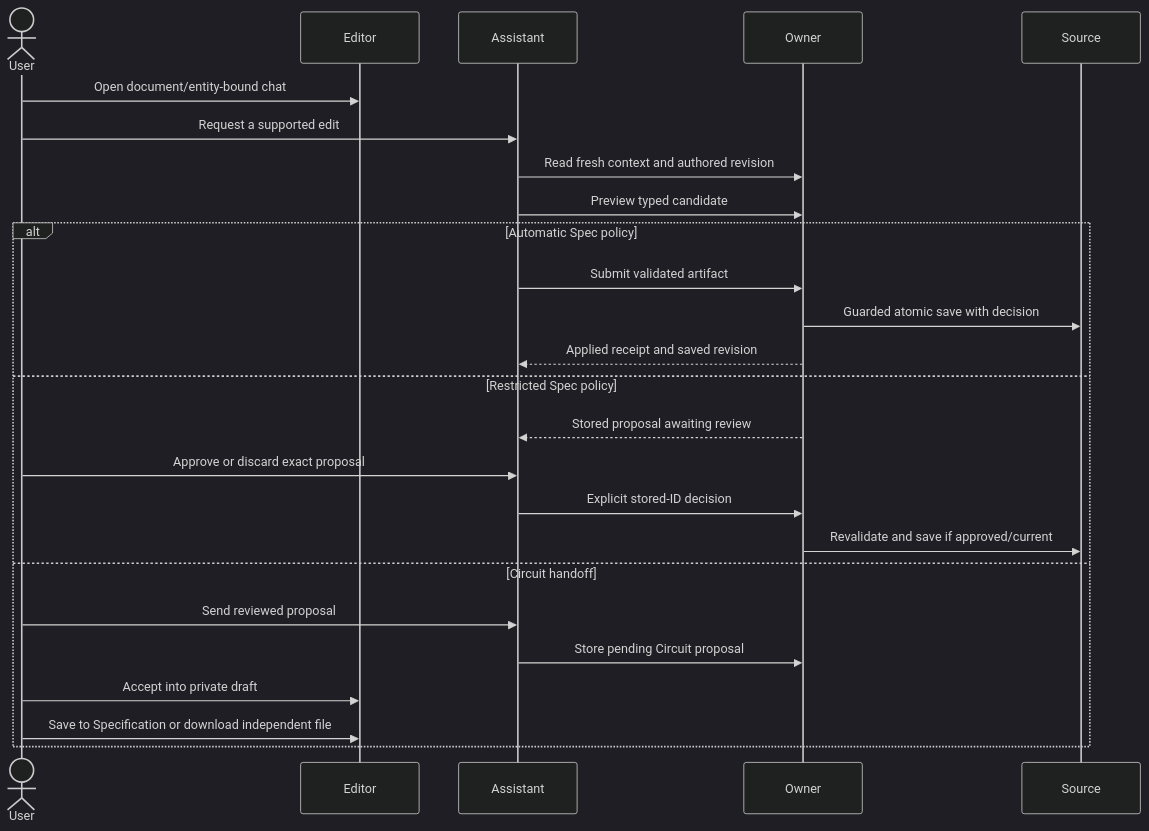
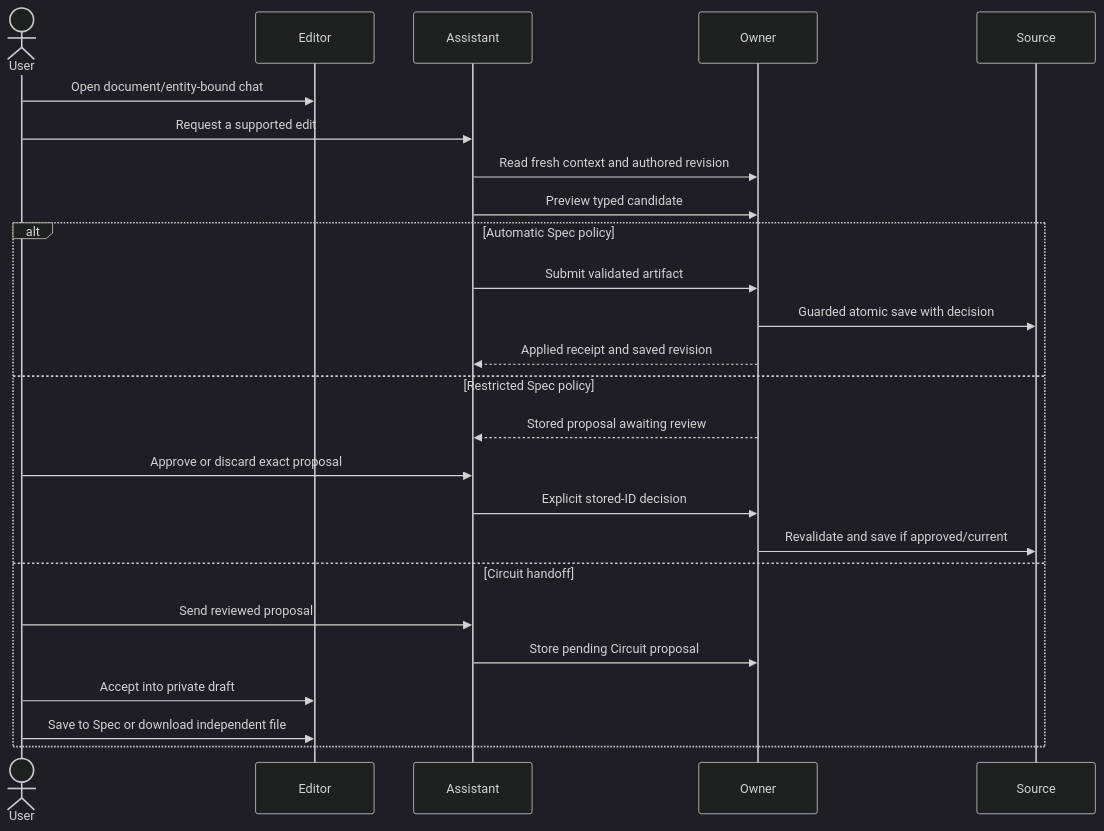
The fourth of 5 diagrams in docs/flows.md (ankdesh/spec2gds), drawn with Mermaid (dark theme) before and after one commit. The commit also changed other lines of this file and 298 other files, not shown here.

````diff
--- a/docs/flows.md
+++ b/docs/flows.md
@@ -134,27 +134,27 @@
 ```mermaid
 sequenceDiagram
     actor User
     participant Editor
     participant Assistant
     participant Owner
     participant Source
     User->>Editor: Open document/entity-bound chat
     User->>Assistant: Request a supported edit
     Assistant->>Owner: Read fresh context and authored revision
     Assistant->>Owner: Preview typed candidate
     alt Automatic Spec policy
       Assistant->>Owner: Submit validated artifact
       Owner->>Source: Guarded atomic save with decision
       Owner-->>Assistant: Applied receipt and saved revision
     else Restricted Spec policy
       Owner-->>Assistant: Stored proposal awaiting review
       User->>Assistant: Approve or discard exact proposal
       Assistant->>Owner: Explicit stored-ID decision
       Owner->>Source: Revalidate and save if approved/current
     else Circuit handoff
       User->>Assistant: Send reviewed proposal
       Assistant->>Owner: Store pending Circuit proposal
       User->>Editor: Accept into private draft
-      User->>Editor: Save to Specification or download independent file
+      User->>Editor: Save to Spec or download independent file
     end
 ```
````
